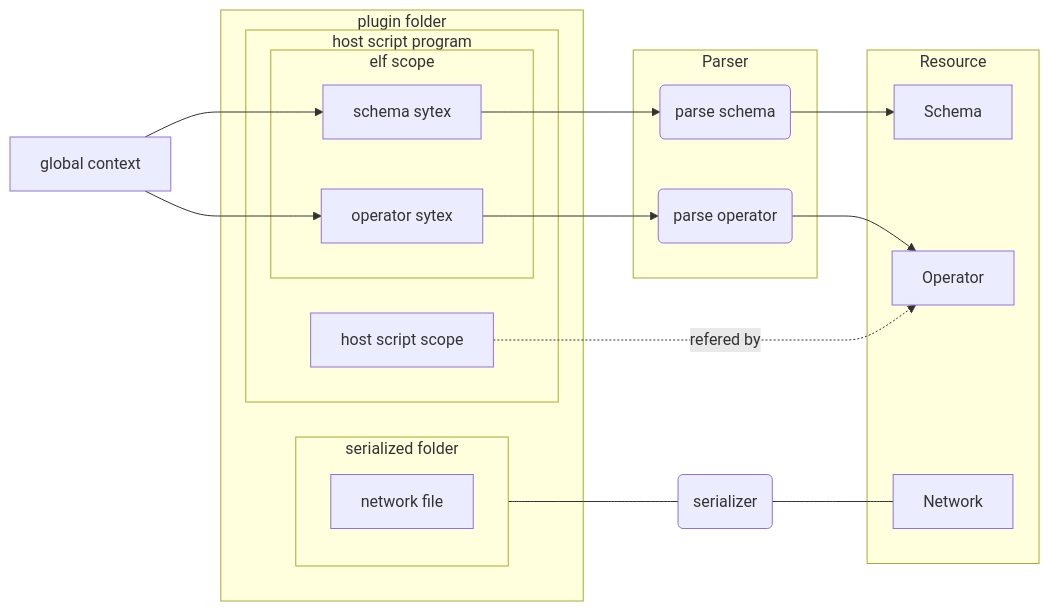
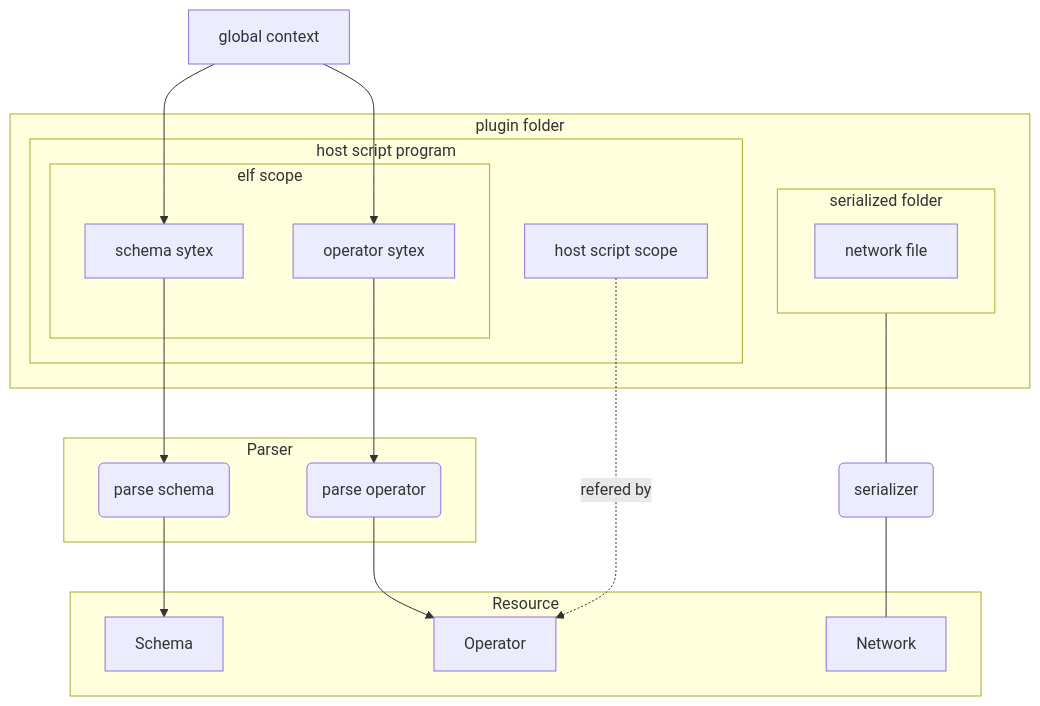
Before and after one commit to windwhiterain/Elf: the second of 4 diagrams in developer guide.md, drawn with Mermaid. The commit also changed other lines of this file, not shown here.

````diff
--- a/developer guide.md
+++ b/developer guide.md
@@ -15,31 +16,31 @@
 ```mermaid
-graph LR
+graph TB
     meta[global context]
     subgraph pg[plugin folder]
         subgraph es[host script program]
             subgraph ecope[elf scope]
                 sm[schema sytex]
                 op[operator sytex]
             end
             pycope[host script scope]
         end
         subgraph fn[serialized folder]
             network[network file]
         end
     end
     meta--> sm & op
     subgraph ec[Parser]
         smc(parse schema)
         opc(parse operator)
     end
     pgld(serializer)
     sm-->smc-->smd
     op-->opc-->opd
     pycope-.refered by.->opd
     fn---pgld---net
     subgraph resource[Resource]
         net[Network]
         opd[Operator]
         smd[Schema]
     end
 ```
````
